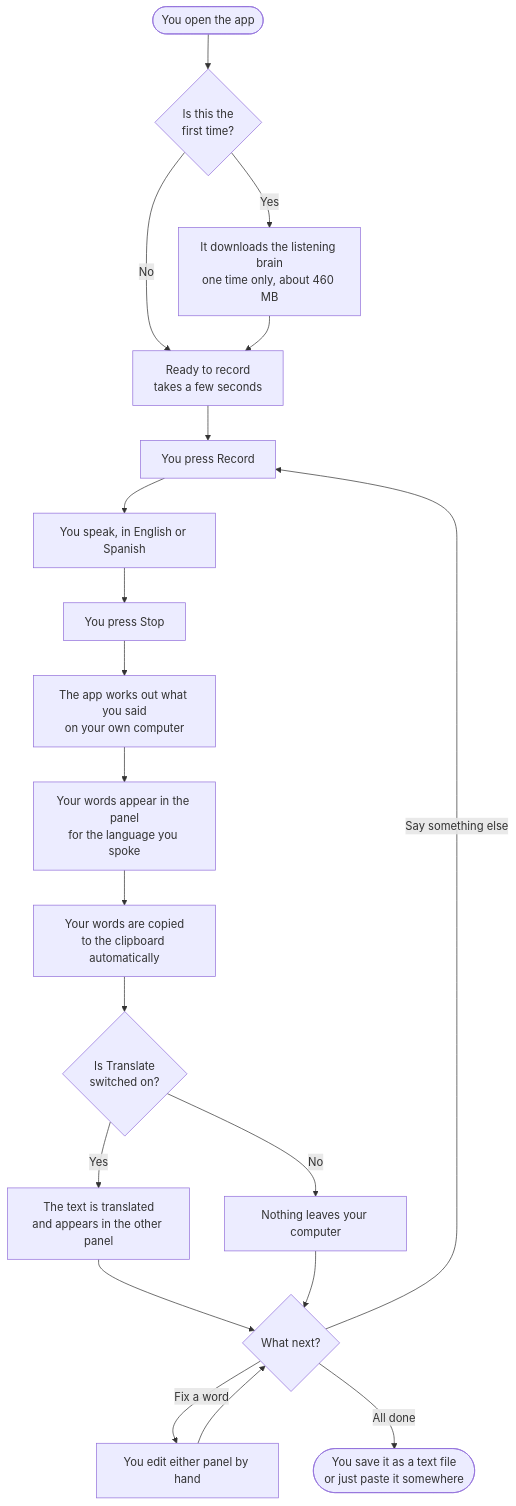
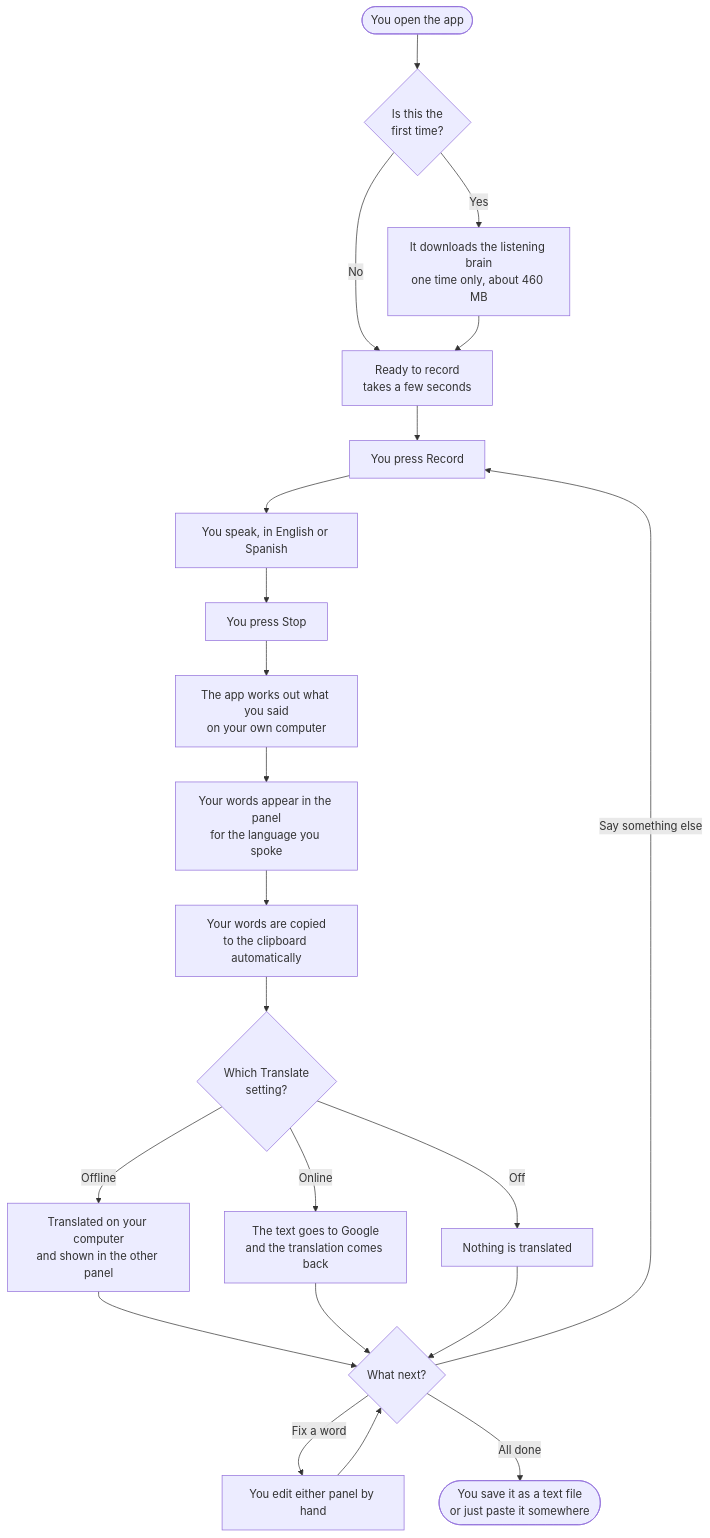
Before and after one commit to mondragon-developer/easy-bilingual-voice-to-text: the first of 3 diagrams in HOW_IT_WORKS.md, drawn with Mermaid. The commit also changed other lines of this file and 15 other files, not shown here.

First line of the commit message:
feat: translation that works offline, and a Mac pill that floats (#21)

````diff
--- a/HOW_IT_WORKS.md
+++ b/HOW_IT_WORKS.md
@@ -130,26 +133,28 @@
 ```mermaid
 flowchart TD
     Start([You open the app]) --> First{Is this the<br/>first time?}
     First -->|Yes| Download[It downloads the listening brain<br/>one time only, about 460 MB]
     First -->|No| Ready
     Download --> Ready[Ready to record<br/>takes a few seconds]
 
     Ready --> Press[You press Record]
     Press --> Speak[You speak, in English or Spanish]
     Speak --> Stop[You press Stop]
 
     Stop --> Listen[The app works out what you said<br/>on your own computer]
     Listen --> Show[Your words appear in the panel<br/>for the language you spoke]
     Show --> Clip[Your words are copied<br/>to the clipboard automatically]
 
-    Clip --> Online{Is Translate<br/>switched on?}
-    Online -->|Yes| Send[The text is translated<br/>and appears in the other panel]
-    Online -->|No| Private[Nothing leaves your computer]
+    Clip --> Online{Which Translate<br/>setting?}
+    Online -->|Offline| Local[Translated on your computer<br/>and shown in the other panel]
+    Online -->|Online| Send[The text goes to Google<br/>and the translation comes back]
+    Online -->|Off| Private[Nothing is translated]
+    Local --> Again{What next?}
 
-    Send --> Again{What next?}
+    Send --> Again
     Private --> Again
     Again -->|Say something else| Press
     Again -->|Fix a word| Edit[You edit either panel by hand]
     Edit --> Again
     Again -->|All done| Save([You save it as a text file<br/>or just paste it somewhere])
 ```
````
